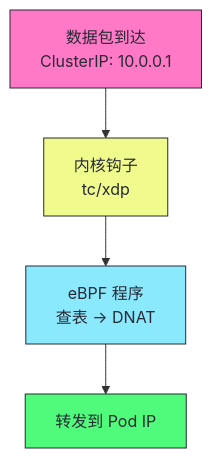
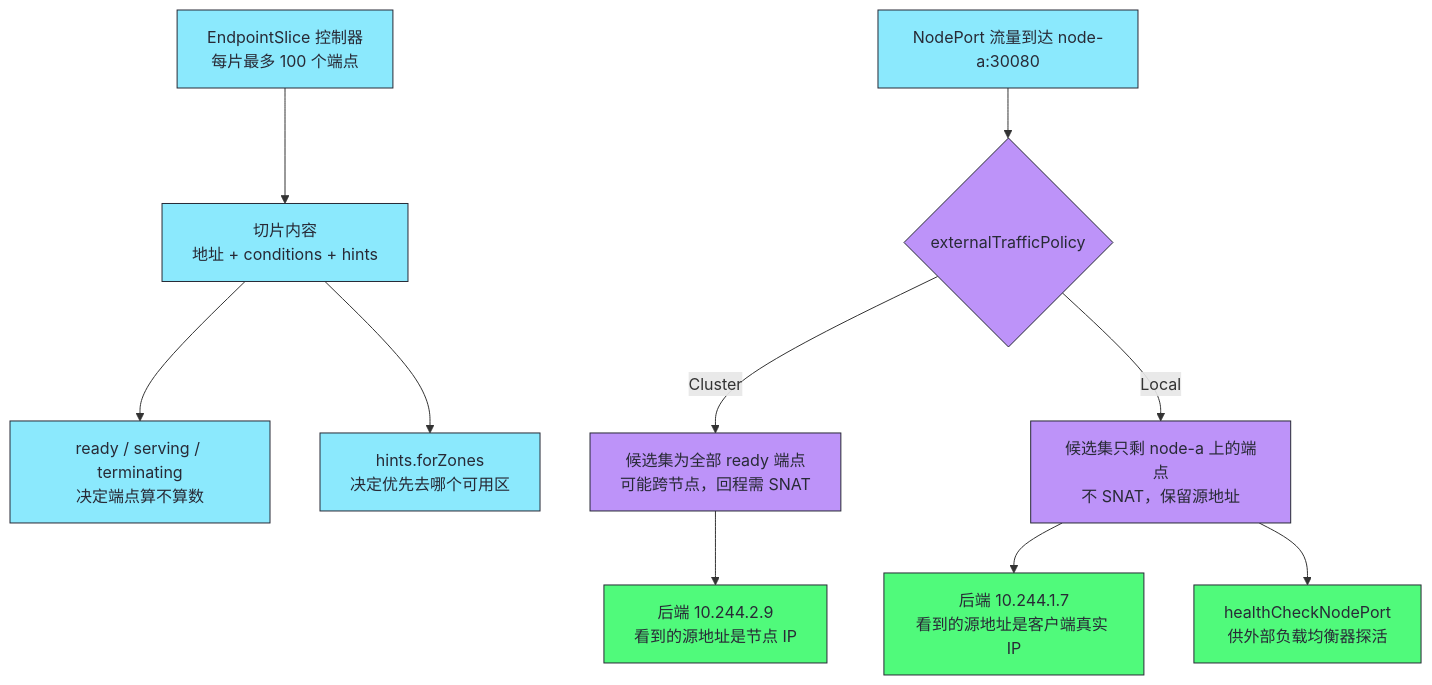
The fourth of 4 diagrams in content/云原生/Kubernetes/Kubernetes架构深度剖析/14 Service 与 kube-proxy：iptables IPVS eBPF 数据面演进.md (hpliStartAgain/my-brain), drawn with Mermaid before and after one commit. The commit also changed other lines of this file and 259 other files, not shown here.

````diff
--- a/content/云原生/Kubernetes/Kubernetes架构深度剖析/14 Service 与 kube-proxy：iptables IPVS eBPF 数据面演进.md
+++ b/content/云原生/Kubernetes/Kubernetes架构深度剖析/14 Service 与 kube-proxy：iptables IPVS eBPF 数据面演进.md
@@ -141,16 +445,20 @@
 ```mermaid
 %%{init: {'theme': 'dracula'}}%%
 graph TD
-    Packet["数据包到达<br/>ClusterIP: 10.0.0.1"] --> Hook["内核钩子<br/>tc/xdp"]
-    Hook --> eBPF["eBPF 程序<br/>查表 → DNAT"]
-    eBPF --> Pod["转发到 Pod IP"]
+    ES["EndpointSlice 控制器<br/>每片最多 100 个端点"] --> SL["切片内容<br/>地址 + conditions + hints"]
+    SL --> RD["ready / serving / terminating<br/>决定端点算不算数"]
+    SL --> HZ["hints.forZones<br/>决定优先去哪个可用区"]
+    NP["NodePort 流量到达 node-a:30080"] --> POL{"externalTrafficPolicy"}
+    POL -->|"Cluster"| CL["候选集为全部 ready 端点<br/>可能跨节点，回程需 SNAT"]
+    POL -->|"Local"| LO["候选集只剩 node-a 上的端点<br/>不 SNAT，保留源地址"]
+    CL --> CLP["后端 10.244.2.9<br/>看到的源地址是节点 IP"]
+    LO --> LOP["后端 10.244.1.7<br/>看到的源地址是客户端真实 IP"]
+    LO --> HC["healthCheckNodePort<br/>供外部负载均衡器探活"]
 
-    classDef packet fill:#ff79c6,stroke:#282a36,color:#282a36
-    classDef hook fill:#f1fa8c,stroke:#282a36,color:#282a36
-    classDef ebpf fill:#8be9fd,stroke:#282a36,color:#282a36
-    classDef pod fill:#50fa7b,stroke:#282a36,color:#282a36
-    class Packet packet
-    class Hook hook
-    class eBPF ebpf
-    class Pod pod
+    classDef obj fill:#8be9fd,stroke:#282a36,color:#282a36
+    classDef sel fill:#bd93f9,stroke:#282a36,color:#282a36
+    classDef res fill:#50fa7b,stroke:#282a36,color:#282a36
+    class ES,SL,RD,HZ,NP obj
+    class POL,CL,LO sel
+    class CLP,LOP,HC res
 ```
````
